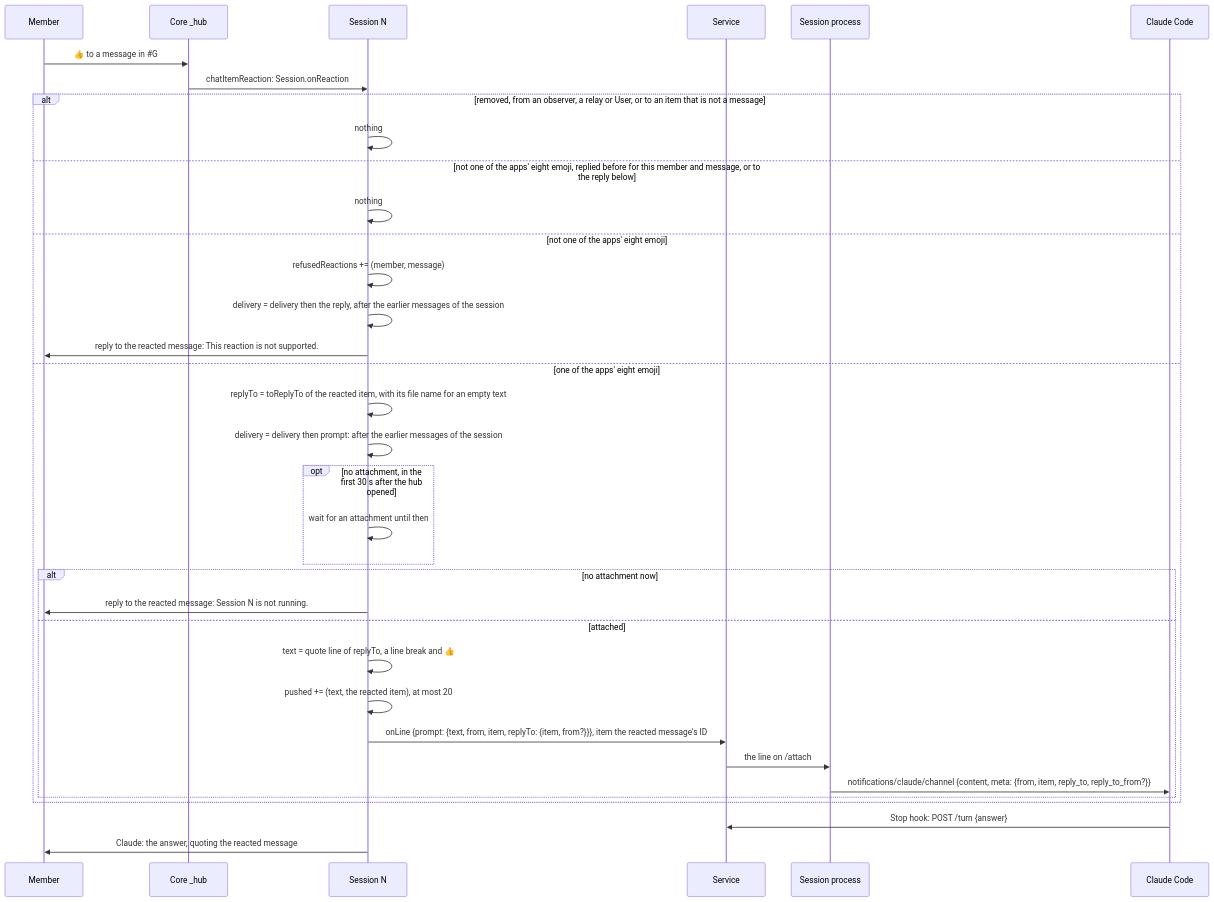
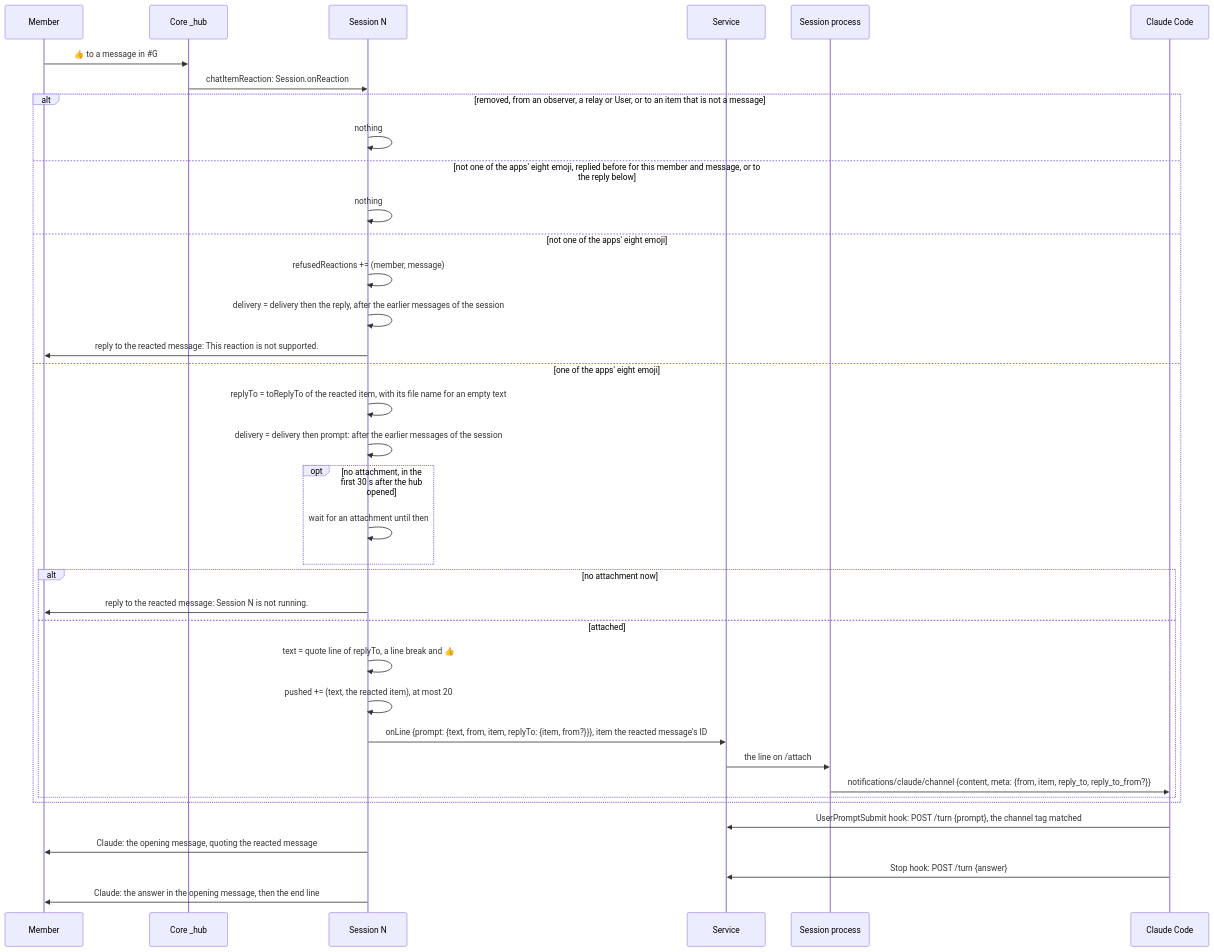
One commit to simplex-chat/simplex-chat changed diagram 33 of 38 in packages/simplex-chat-mcp/spec/flows.md. Above: the diagram before and after it, drawn with Mermaid. The commit also changed other lines of this file and 26 other files, not shown here.

First line of the commit message:
mcp: Claude's answers live as Claude writes them, and one end line per turn (#8183)

````diff
--- a/packages/simplex-chat-mcp/spec/flows.md
+++ b/packages/simplex-chat-mcp/spec/flows.md
@@ -1504,37 +1521,39 @@
 ```mermaid
 sequenceDiagram
   participant O as Member
   participant C as Core _hub
   participant N as Session N
   participant D as Service
   participant S as Session process
   participant CC as Claude Code
   O->>C: 👍 to a message in #35;G
   C->>N: chatItemReaction: Session.onReaction
   alt removed, from an observer, a relay or User, or to an item that is not a message
     N->>N: nothing
   else not one of the apps' eight emoji, replied before for this member and message, or to the reply below
     N->>N: nothing
   else not one of the apps' eight emoji
     N->>N: refusedReactions += (member, message)
     N->>N: delivery = delivery then the reply, after the earlier messages of the session
     N->>O: reply to the reacted message: This reaction is not supported.
   else one of the apps' eight emoji
     N->>N: replyTo = toReplyTo of the reacted item, with its file name for an empty text
     N->>N: delivery = delivery then prompt: after the earlier messages of the session
     opt no attachment, in the first 30 s after the hub opened
       N->>N: wait for an attachment until then
     end
     alt no attachment now
       N->>O: reply to the reacted message: Session N is not running.
     else attached
       N->>N: text = quote line of replyTo, a line break and 👍
       N->>N: pushed += (text, the reacted item), at most 20
       N->>D: onLine {prompt: {text, from, item, replyTo: {item, from?}}}, item the reacted message's ID
       D->>S: the line on /attach
       S->>CC: notifications/claude/channel {content, meta: {from, item, reply_to, reply_to_from?}}
     end
   end
+  CC->>D: UserPromptSubmit hook: POST /turn {prompt}, the channel tag matched
+  N->>O: Claude: the opening message, quoting the reacted message
   CC->>D: Stop hook: POST /turn {answer}
-  N->>O: Claude: the answer, quoting the reacted message
+  N->>O: Claude: the answer in the opening message, then the end line
 ```
````
